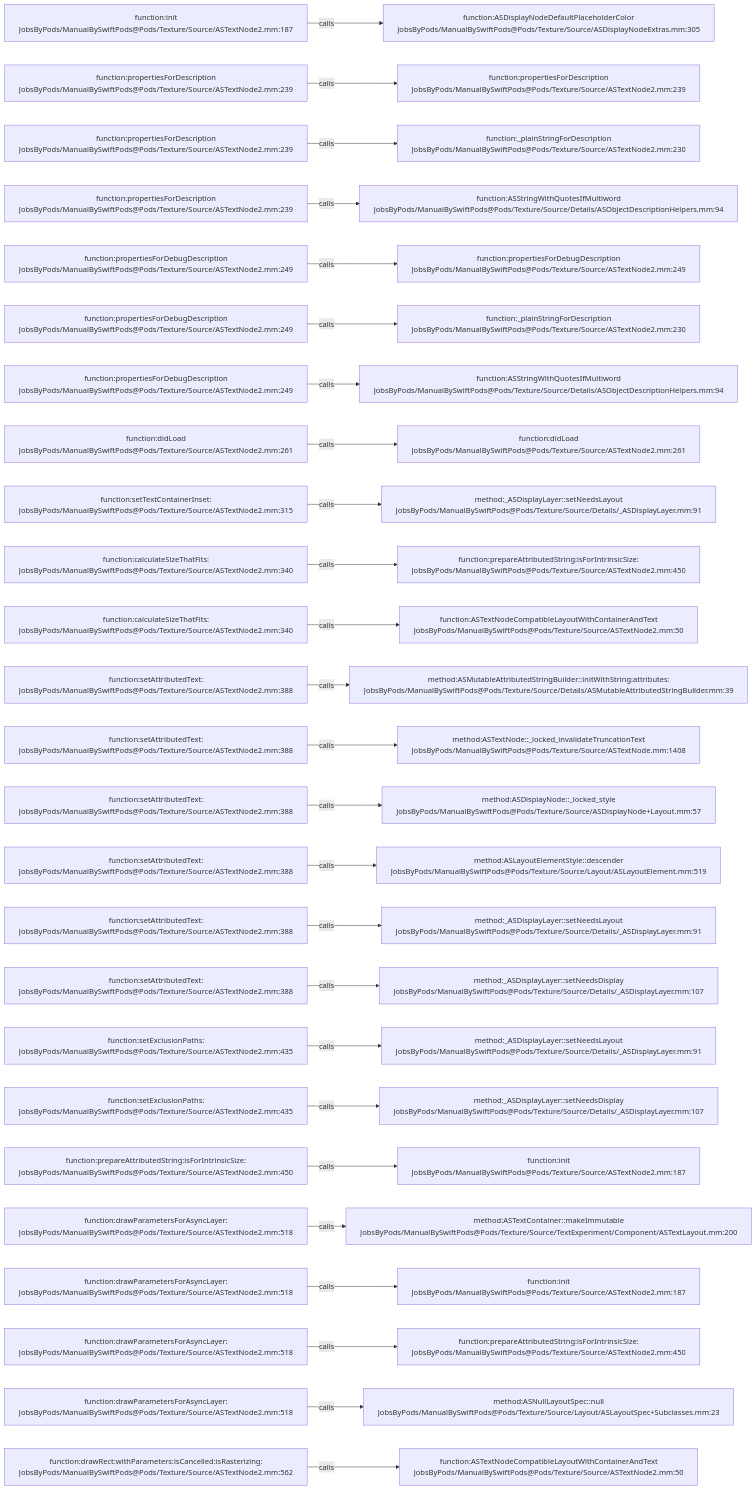
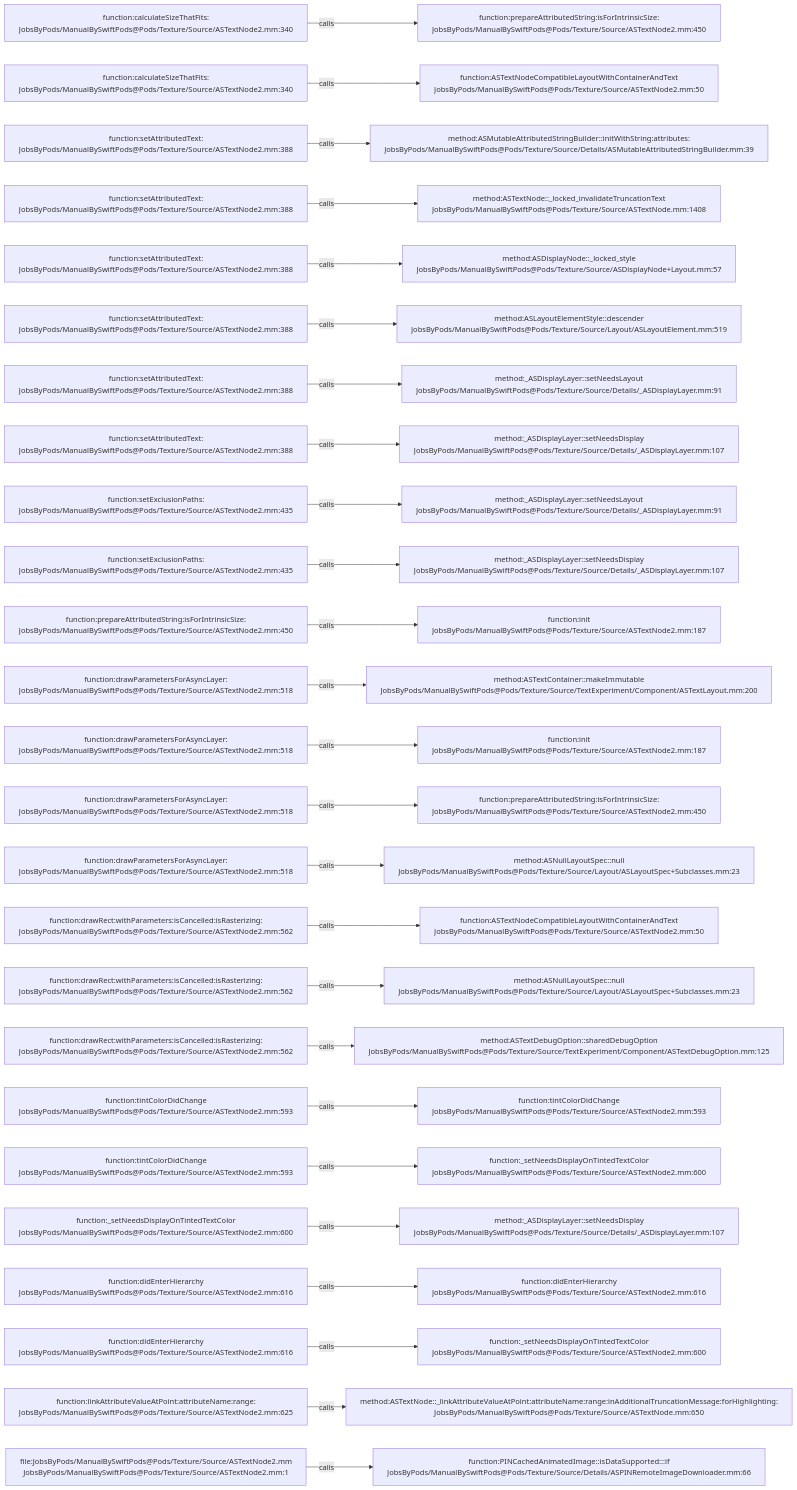
One commit to JobsKits/JobsSwiftBaseConfigDemo changed the diagram in .codegraph/codegraph.md/graphs/calls-071.md. Above: the diagram before and after it, drawn with Mermaid. The commit also changed 707 other files, not shown here.

````diff
--- a/.codegraph/codegraph.md/graphs/calls-071.md
+++ b/.codegraph/codegraph.md/graphs/calls-071.md
@@ -13,78 +13,78 @@
 ```mermaid
 flowchart LR
-  S1["function:init<br/>JobsByPods/ManualBySwiftPods@Pods/Texture/Source/ASTextNode2.mm:187"]
-  T1["function:ASDisplayNodeDefaultPlaceholderColor<br/>JobsByPods/ManualBySwiftPods@Pods/Texture/Source/ASDisplayNodeExtras.mm:305"]
+  S1["function:calculateSizeThatFits:<br/>JobsByPods/ManualBySwiftPods@Pods/Texture/Source/ASTextNode2.mm:340"]
+  T1["function:prepareAttributedString:isForIntrinsicSize:<br/>JobsByPods/ManualBySwiftPods@Pods/Texture/Source/ASTextNode2.mm:450"]
   S1 -->|calls| T1
-  S2["function:propertiesForDescription<br/>JobsByPods/ManualBySwiftPods@Pods/Texture/Source/ASTextNode2.mm:239"]
-  T2["function:propertiesForDescription<br/>JobsByPods/ManualBySwiftPods@Pods/Texture/Source/ASTextNode2.mm:239"]
+  S2["function:calculateSizeThatFits:<br/>JobsByPods/ManualBySwiftPods@Pods/Texture/Source/ASTextNode2.mm:340"]
+  T2["function:ASTextNodeCompatibleLayoutWithContainerAndText<br/>JobsByPods/ManualBySwiftPods@Pods/Texture/Source/ASTextNode2.mm:50"]
   S2 -->|calls| T2
-  S3["function:propertiesForDescription<br/>JobsByPods/ManualBySwiftPods@Pods/Texture/Source/ASTextNode2.mm:239"]
-  T3["function:_plainStringForDescription<br/>JobsByPods/ManualBySwiftPods@Pods/Texture/Source/ASTextNode2.mm:230"]
+  S3["function:setAttributedText:<br/>JobsByPods/ManualBySwiftPods@Pods/Texture/Source/ASTextNode2.mm:388"]
+  T3["method:ASMutableAttributedStringBuilder::initWithString:attributes:<br/>JobsByPods/ManualBySwiftPods@Pods/Texture/Source/Details/ASMutableAttributedStringBuilder.mm:39"]
   S3 -->|calls| T3
-  S4["function:propertiesForDescription<br/>JobsByPods/ManualBySwiftPods@Pods/Texture/Source/ASTextNode2.mm:239"]
-  T4["function:ASStringWithQuotesIfMultiword<br/>JobsByPods/ManualBySwiftPods@Pods/Texture/Source/Details/ASObjectDescriptionHelpers.mm:94"]
+  S4["function:setAttributedText:<br/>JobsByPods/ManualBySwiftPods@Pods/Texture/Source/ASTextNode2.mm:388"]
+  T4["method:ASTextNode::_locked_invalidateTruncationText<br/>JobsByPods/ManualBySwiftPods@Pods/Texture/Source/ASTextNode.mm:1408"]
   S4 -->|calls| T4
-  S5["function:propertiesForDebugDescription<br/>JobsByPods/ManualBySwiftPods@Pods/Texture/Source/ASTextNode2.mm:249"]
-  T5["function:propertiesForDebugDescription<br/>JobsByPods/ManualBySwiftPods@Pods/Texture/Source/ASTextNode2.mm:249"]
+  S5["function:setAttributedText:<br/>JobsByPods/ManualBySwiftPods@Pods/Texture/Source/ASTextNode2.mm:388"]
+  T5["method:ASDisplayNode::_locked_style<br/>JobsByPods/ManualBySwiftPods@Pods/Texture/Source/ASDisplayNode+Layout.mm:57"]
   S5 -->|calls| T5
-  S6["function:propertiesForDebugDescription<br/>JobsByPods/ManualBySwiftPods@Pods/Texture/Source/ASTextNode2.mm:249"]
-  T6["function:_plainStringForDescription<br/>JobsByPods/ManualBySwiftPods@Pods/Texture/Source/ASTextNode2.mm:230"]
+  S6["function:setAttributedText:<br/>JobsByPods/ManualBySwiftPods@Pods/Texture/Source/ASTextNode2.mm:388"]
+  T6["method:ASLayoutElementStyle::descender<br/>JobsByPods/ManualBySwiftPods@Pods/Texture/Source/Layout/ASLayoutElement.mm:519"]
   S6 -->|calls| T6
-  S7["function:propertiesForDebugDescription<br/>JobsByPods/ManualBySwiftPods@Pods/Texture/Source/ASTextNode2.mm:249"]
-  T7["function:ASStringWithQuotesIfMultiword<br/>JobsByPods/ManualBySwiftPods@Pods/Texture/Source/Details/ASObjectDescriptionHelpers.mm:94"]
+  S7["function:setAttributedText:<br/>JobsByPods/ManualBySwiftPods@Pods/Texture/Source/ASTextNode2.mm:388"]
+  T7["method:_ASDisplayLayer::setNeedsLayout<br/>JobsByPods/ManualBySwiftPods@Pods/Texture/Source/Details/_ASDisplayLayer.mm:91"]
   S7 -->|calls| T7
-  S8["function:didLoad<br/>JobsByPods/ManualBySwiftPods@Pods/Texture/Source/ASTextNode2.mm:261"]
-  T8["function:didLoad<br/>JobsByPods/ManualBySwiftPods@Pods/Texture/Source/ASTextNode2.mm:261"]
+  S8["function:setAttributedText:<br/>JobsByPods/ManualBySwiftPods@Pods/Texture/Source/ASTextNode2.mm:388"]
+  T8["method:_ASDisplayLayer::setNeedsDisplay<br/>JobsByPods/ManualBySwiftPods@Pods/Texture/Source/Details/_ASDisplayLayer.mm:107"]
   S8 -->|calls| T8
-  S9["function:setTextContainerInset:<br/>JobsByPods/ManualBySwiftPods@Pods/Texture/Source/ASTextNode2.mm:315"]
+  S9["function:setExclusionPaths:<br/>JobsByPods/ManualBySwiftPods@Pods/Texture/Source/ASTextNode2.mm:435"]
   T9["method:_ASDisplayLayer::setNeedsLayout<br/>JobsByPods/ManualBySwiftPods@Pods/Texture/Source/Details/_ASDisplayLayer.mm:91"]
   S9 -->|calls| T9
-  S10["function:calculateSizeThatFits:<br/>JobsByPods/ManualBySwiftPods@Pods/Texture/Source/ASTextNode2.mm:340"]
-  T10["function:prepareAttributedString:isForIntrinsicSize:<br/>JobsByPods/ManualBySwiftPods@Pods/Texture/Source/ASTextNode2.mm:450"]
+  S10["function:setExclusionPaths:<br/>JobsByPods/ManualBySwiftPods@Pods/Texture/Source/ASTextNode2.mm:435"]
+  T10["method:_ASDisplayLayer::setNeedsDisplay<br/>JobsByPods/ManualBySwiftPods@Pods/Texture/Source/Details/_ASDisplayLayer.mm:107"]
   S10 -->|calls| T10
-  S11["function:calculateSizeThatFits:<br/>JobsByPods/ManualBySwiftPods@Pods/Texture/Source/ASTextNode2.mm:340"]
-  T11["function:ASTextNodeCompatibleLayoutWithContainerAndText<br/>JobsByPods/ManualBySwiftPods@Pods/Texture/Source/ASTextNode2.mm:50"]
+  S11["function:prepareAttributedString:isForIntrinsicSize:<br/>JobsByPods/ManualBySwiftPods@Pods/Texture/Source/ASTextNode2.mm:450"]
+  T11["function:init<br/>JobsByPods/ManualBySwiftPods@Pods/Texture/Source/ASTextNode2.mm:187"]
   S11 -->|calls| T11
-  S12["function:setAttributedText:<br/>JobsByPods/ManualBySwiftPods@Pods/Texture/Source/ASTextNode2.mm:388"]
-  T12["method:ASMutableAttributedStringBuilder::initWithString:attributes:<br/>JobsByPods/ManualBySwiftPods@Pods/Texture/Source/Details/ASMutableAttributedStringBuilder.mm:39"]
+  S12["function:drawParametersForAsyncLayer:<br/>JobsByPods/ManualBySwiftPods@Pods/Texture/Source/ASTextNode2.mm:518"]
+  T12["method:ASTextContainer::makeImmutable<br/>JobsByPods/ManualBySwiftPods@Pods/Texture/Source/TextExperiment/Component/ASTextLayout.mm:200"]
   S12 -->|calls| T12
-  S13["function:setAttributedText:<br/>JobsByPods/ManualBySwiftPods@Pods/Texture/Source/ASTextNode2.mm:388"]
-  T13["method:ASTextNode::_locked_invalidateTruncationText<br/>JobsByPods/ManualBySwiftPods@Pods/Texture/Source/ASTextNode.mm:1408"]
+  S13["function:drawParametersForAsyncLayer:<br/>JobsByPods/ManualBySwiftPods@Pods/Texture/Source/ASTextNode2.mm:518"]
+  T13["function:init<br/>JobsByPods/ManualBySwiftPods@Pods/Texture/Source/ASTextNode2.mm:187"]
   S13 -->|calls| T13
-  S14["function:setAttributedText:<br/>JobsByPods/ManualBySwiftPods@Pods/Texture/Source/ASTextNode2.mm:388"]
-  T14["method:ASDisplayNode::_locked_style<br/>JobsByPods/ManualBySwiftPods@Pods/Texture/Source/ASDisplayNode+Layout.mm:57"]
+  S14["function:drawParametersForAsyncLayer:<br/>JobsByPods/ManualBySwiftPods@Pods/Texture/Source/ASTextNode2.mm:518"]
+  T14["function:prepareAttributedString:isForIntrinsicSize:<br/>JobsByPods/ManualBySwiftPods@Pods/Texture/Source/ASTextNode2.mm:450"]
   S14 -->|calls| T14
-  S15["function:setAttributedText:<br/>JobsByPods/ManualBySwiftPods@Pods/Texture/Source/ASTextNode2.mm:388"]
-  T15["method:ASLayoutElementStyle::descender<br/>JobsByPods/ManualBySwiftPods@Pods/Texture/Source/Layout/ASLayoutElement.mm:519"]
+  S15["function:drawParametersForAsyncLayer:<br/>JobsByPods/ManualBySwiftPods@Pods/Texture/Source/ASTextNode2.mm:518"]
+  T15["method:ASNullLayoutSpec::null<br/>JobsByPods/ManualBySwiftPods@Pods/Texture/Source/Layout/ASLayoutSpec+Subclasses.mm:23"]
   S15 -->|calls| T15
-  S16["function:setAttributedText:<br/>JobsByPods/ManualBySwiftPods@Pods/Texture/Source/ASTextNode2.mm:388"]
-  T16["method:_ASDisplayLayer::setNeedsLayout<br/>JobsByPods/ManualBySwiftPods@Pods/Texture/Source/Details/_ASDisplayLayer.mm:91"]
+  S16["function:drawRect:withParameters:isCancelled:isRasterizing:<br/>JobsByPods/ManualBySwiftPods@Pods/Texture/Source/ASTextNode2.mm:562"]
+  T16["function:ASTextNodeCompatibleLayoutWithContainerAndText<br/>JobsByPods/ManualBySwiftPods@Pods/Texture/Source/ASTextNode2.mm:50"]
   S16 -->|calls| T16
-  S17["function:setAttributedText:<br/>JobsByPods/ManualBySwiftPods@Pods/Texture/Source/ASTextNode2.mm:388"]
-  T17["method:_ASDisplayLayer::setNeedsDisplay<br/>JobsByPods/ManualBySwiftPods@Pods/Texture/Source/Details/_ASDisplayLayer.mm:107"]
+  S17["function:drawRect:withParameters:isCancelled:isRasterizing:<br/>JobsByPods/ManualBySwiftPods@Pods/Texture/Source/ASTextNode2.mm:562"]
+  T17["method:ASNullLayoutSpec::null<br/>JobsByPods/ManualBySwiftPods@Pods/Texture/Source/Layout/ASLayoutSpec+Subclasses.mm:23"]
   S17 -->|calls| T17
-  S18["function:setExclusionPaths:<br/>JobsByPods/ManualBySwiftPods@Pods/Texture/Source/ASTextNode2.mm:435"]
-  T18["method:_ASDisplayLayer::setNeedsLayout<br/>JobsByPods/ManualBySwiftPods@Pods/Texture/Source/Details/_ASDisplayLayer.mm:91"]
+  S18["function:drawRect:withParameters:isCancelled:isRasterizing:<br/>JobsByPods/ManualBySwiftPods@Pods/Texture/Source/ASTextNode2.mm:562"]
+  T18["method:ASTextDebugOption::sharedDebugOption<br/>JobsByPods/ManualBySwiftPods@Pods/Texture/Source/TextExperiment/Component/ASTextDebugOption.mm:125"]
   S18 -->|calls| T18
-  S19["function:setExclusionPaths:<br/>JobsByPods/ManualBySwiftPods@Pods/Texture/Source/ASTextNode2.mm:435"]
-  T19["method:_ASDisplayLayer::setNeedsDisplay<br/>JobsByPods/ManualBySwiftPods@Pods/Texture/Source/Details/_ASDisplayLayer.mm:107"]
+  S19["function:tintColorDidChange<br/>JobsByPods/ManualBySwiftPods@Pods/Texture/Source/ASTextNode2.mm:593"]
+  T19["function:tintColorDidChange<br/>JobsByPods/ManualBySwiftPods@Pods/Texture/Source/ASTextNode2.mm:593"]
   S19 -->|calls| T19
-  S20["function:prepareAttributedString:isForIntrinsicSize:<br/>JobsByPods/ManualBySwiftPods@Pods/Texture/Source/ASTextNode2.mm:450"]
-  T20["function:init<br/>JobsByPods/ManualBySwiftPods@Pods/Texture/Source/ASTextNode2.mm:187"]
+  S20["function:tintColorDidChange<br/>JobsByPods/ManualBySwiftPods@Pods/Texture/Source/ASTextNode2.mm:593"]
+  T20["function:_setNeedsDisplayOnTintedTextColor<br/>JobsByPods/ManualBySwiftPods@Pods/Texture/Source/ASTextNode2.mm:600"]
   S20 -->|calls| T20
-  S21["function:drawParametersForAsyncLayer:<br/>JobsByPods/ManualBySwiftPods@Pods/Texture/Source/ASTextNode2.mm:518"]
-  T21["method:ASTextContainer::makeImmutable<br/>JobsByPods/ManualBySwiftPods@Pods/Texture/Source/TextExperiment/Component/ASTextLayout.mm:200"]
+  S21["function:_setNeedsDisplayOnTintedTextColor<br/>JobsByPods/ManualBySwiftPods@Pods/Texture/Source/ASTextNode2.mm:600"]
+  T21["method:_ASDisplayLayer::setNeedsDisplay<br/>JobsByPods/ManualBySwiftPods@Pods/Texture/Source/Details/_ASDisplayLayer.mm:107"]
   S21 -->|calls| T21
-  S22["function:drawParametersForAsyncLayer:<br/>JobsByPods/ManualBySwiftPods@Pods/Texture/Source/ASTextNode2.mm:518"]
-  T22["function:init<br/>JobsByPods/ManualBySwiftPods@Pods/Texture/Source/ASTextNode2.mm:187"]
+  S22["function:didEnterHierarchy<br/>JobsByPods/ManualBySwiftPods@Pods/Texture/Source/ASTextNode2.mm:616"]
+  T22["function:didEnterHierarchy<br/>JobsByPods/ManualBySwiftPods@Pods/Texture/Source/ASTextNode2.mm:616"]
   S22 -->|calls| T22
-  S23["function:drawParametersForAsyncLayer:<br/>JobsByPods/ManualBySwiftPods@Pods/Texture/Source/ASTextNode2.mm:518"]
-  T23["function:prepareAttributedString:isForIntrinsicSize:<br/>JobsByPods/ManualBySwiftPods@Pods/Texture/Source/ASTextNode2.mm:450"]
+  S23["function:didEnterHierarchy<br/>JobsByPods/ManualBySwiftPods@Pods/Texture/Source/ASTextNode2.mm:616"]
+  T23["function:_setNeedsDisplayOnTintedTextColor<br/>JobsByPods/ManualBySwiftPods@Pods/Texture/Source/ASTextNode2.mm:600"]
   S23 -->|calls| T23
-  S24["function:drawParametersForAsyncLayer:<br/>JobsByPods/ManualBySwiftPods@Pods/Texture/Source/ASTextNode2.mm:518"]
-  T24["method:ASNullLayoutSpec::null<br/>JobsByPods/ManualBySwiftPods@Pods/Texture/Source/Layout/ASLayoutSpec+Subclasses.mm:23"]
+  S24["function:linkAttributeValueAtPoint:attributeName:range:<br/>JobsByPods/ManualBySwiftPods@Pods/Texture/Source/ASTextNode2.mm:625"]
+  T24["method:ASTextNode::_linkAttributeValueAtPoint:attributeName:range:inAdditionalTruncationMessage:forHighlighting:<br/>JobsByPods/ManualBySwiftPods@Pods/Texture/Source/ASTextNode.mm:650"]
   S24 -->|calls| T24
-  S25["function:drawRect:withParameters:isCancelled:isRasterizing:<br/>JobsByPods/ManualBySwiftPods@Pods/Texture/Source/ASTextNode2.mm:562"]
-  T25["function:ASTextNodeCompatibleLayoutWithContainerAndText<br/>JobsByPods/ManualBySwiftPods@Pods/Texture/Source/ASTextNode2.mm:50"]
+  S25["file:JobsByPods/ManualBySwiftPods@Pods/Texture/Source/ASTextNode2.mm<br/>JobsByPods/ManualBySwiftPods@Pods/Texture/Source/ASTextNode2.mm:1"]
+  T25["function:PINCachedAnimatedImage::isDataSupported:::if<br/>JobsByPods/ManualBySwiftPods@Pods/Texture/Source/Details/ASPINRemoteImageDownloader.mm:66"]
   S25 -->|calls| T25
 ```
````
